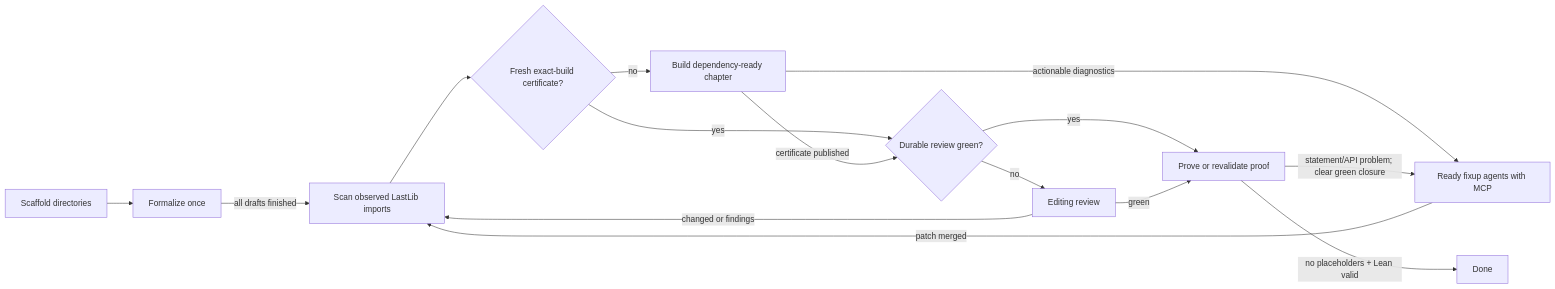
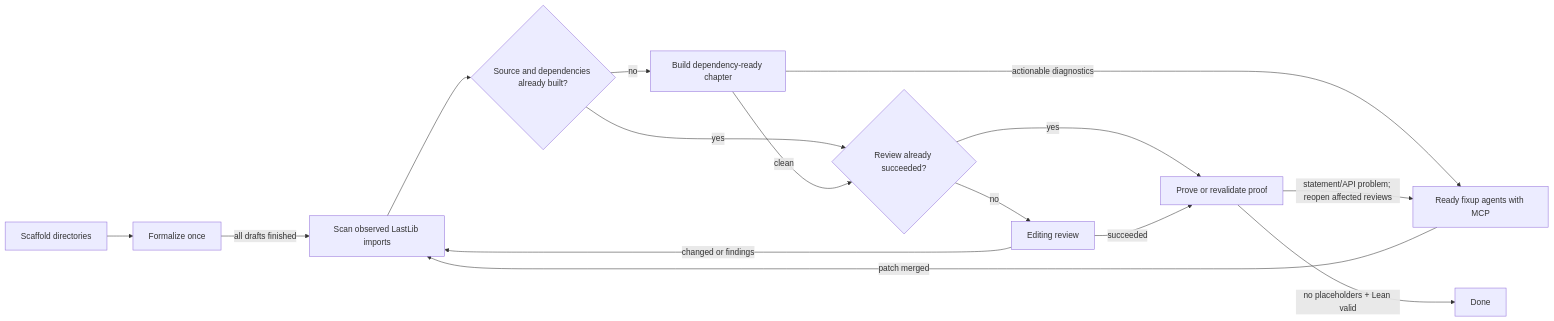
Before and after one commit to phulin/LastLib: the diagram in SWARM.md, drawn with Mermaid. The commit also changed other lines of this file and 12 other files, not shown here.

````diff
--- a/SWARM.md
+++ b/SWARM.md
@@ -13,17 +13,17 @@
 ```mermaid
 flowchart LR
     S[Scaffold directories] --> F[Formalize once]
     F -->|all drafts finished| I[Scan observed LastLib imports]
-    I --> C{Fresh exact-build certificate?}
+    I --> C{Source and dependencies already built?}
     C -->|no| B[Build dependency-ready chapter]
-    C -->|yes| G{Durable review green?}
+    C -->|yes| G{Review already succeeded?}
     B -->|actionable diagnostics| X[Ready fixup agents with MCP]
     X -->|patch merged| I
-    B -->|certificate published| G
+    B -->|clean| G
     G -->|no| R[Editing review]
     G -->|yes| P[Prove or revalidate proof]
     R -->|changed or findings| I
-    R -->|green| P
-    P -->|statement/API problem; clear green closure| X
+    R -->|succeeded| P
+    P -->|statement/API problem; reopen affected reviews| X
     P -->|no placeholders + Lean valid| D[Done]
 ```
````
